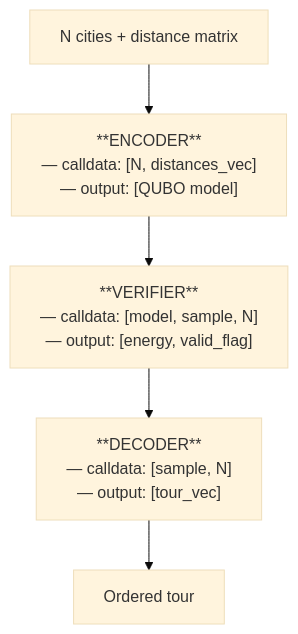
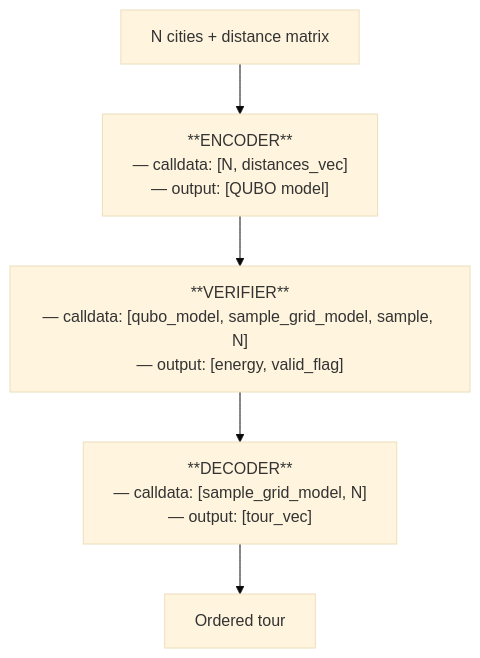
One commit to PiratePreta/xq-rs changed the first of 2 diagrams in docs/book/src/examples/tsp.md. Above: the diagram before and after it, drawn with Mermaid (base theme). The commit also changed other lines of this file and 6 other files, not shown here.

Commit message:
Require Sample register in ENERGY sample slot

````diff
--- a/docs/book/src/examples/tsp.md
+++ b/docs/book/src/examples/tsp.md
@@ -25,15 +25,15 @@
 ```mermaid
 ---
 config:
   flowchart:
     wrappingWidth: 400
 ---
 flowchart TD
     Input["N cities + distance matrix"]
     Encoder["**ENCODER**<br/>&mdash; calldata: [N, distances_vec]<br/>&mdash; output: [QUBO model]"]
-    Verifier["**VERIFIER**<br/>&mdash; calldata: [model, sample, N]<br/>&mdash; output: [energy, valid_flag]"]
-    Decoder["**DECODER**<br/>&mdash; calldata: [sample, N]<br/>&mdash; output: [tour_vec]"]
+    Verifier["**VERIFIER**<br/>&mdash; calldata: [qubo_model, sample_grid_model, sample, N]<br/>&mdash; output: [energy, valid_flag]"]
+    Decoder["**DECODER**<br/>&mdash; calldata: [sample_grid_model, N]<br/>&mdash; output: [tour_vec]"]
     Output["Ordered tour"]
 
     Input --> Encoder --> Verifier --> Decoder --> Output
 ```
````
